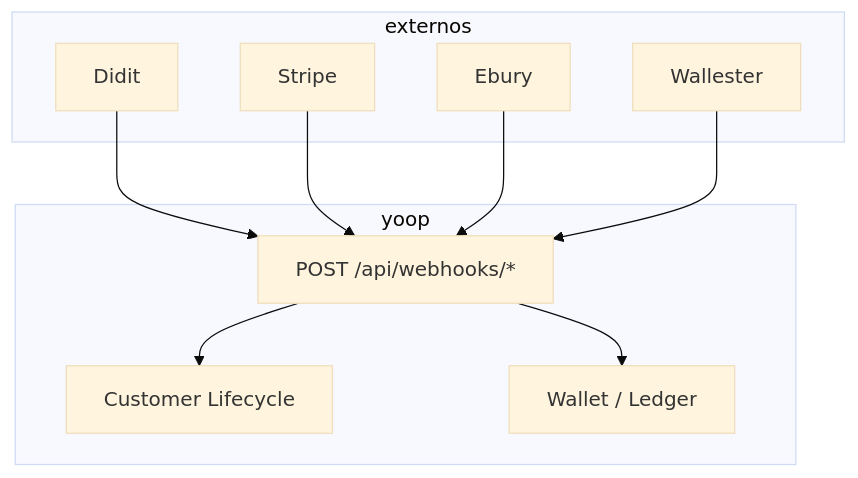
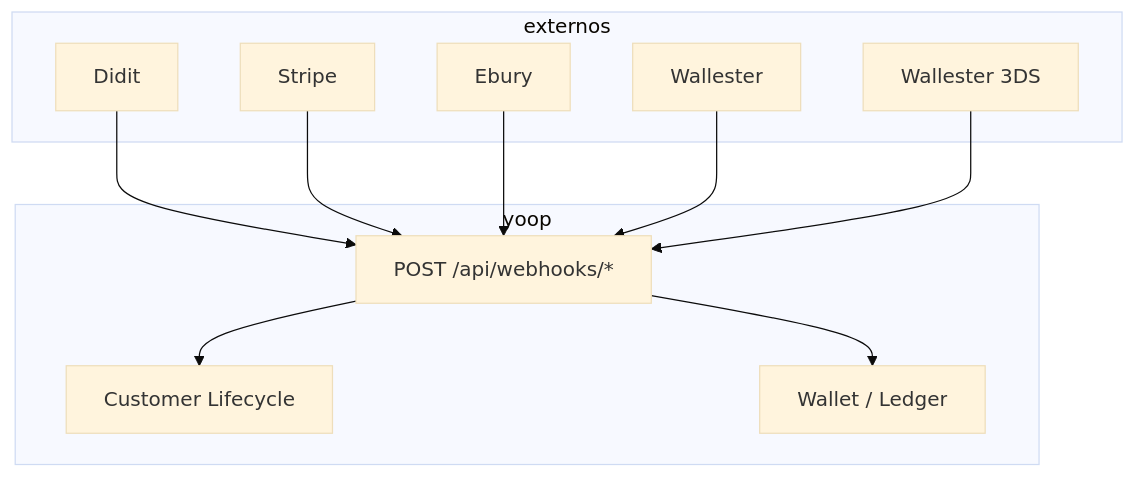
The diagram in docs/guides/webhooks.md (solonline/mysologo.com), drawn with Mermaid (base theme) before and after one commit. The commit also changed other lines of this file and 96 other files, not shown here.

````diff
--- a/docs/guides/webhooks.md
+++ b/docs/guides/webhooks.md
@@ -67,20 +79,22 @@
 ```mermaid
 flowchart TB
     subgraph externos
         Didit
         Stripe
         Ebury
         Wallester
+        Wallester3DS[Wallester 3DS]
     end
     subgraph yoop
         WH[POST /api/webhooks/*]
         LC[Customer Lifecycle]
         WAL[Wallet / Ledger]
     end
     Didit --> WH
     Stripe --> WH
     Ebury --> WH
     Wallester --> WH
+    Wallester3DS --> WH
     WH --> LC
     WH --> WAL
 ```
````
